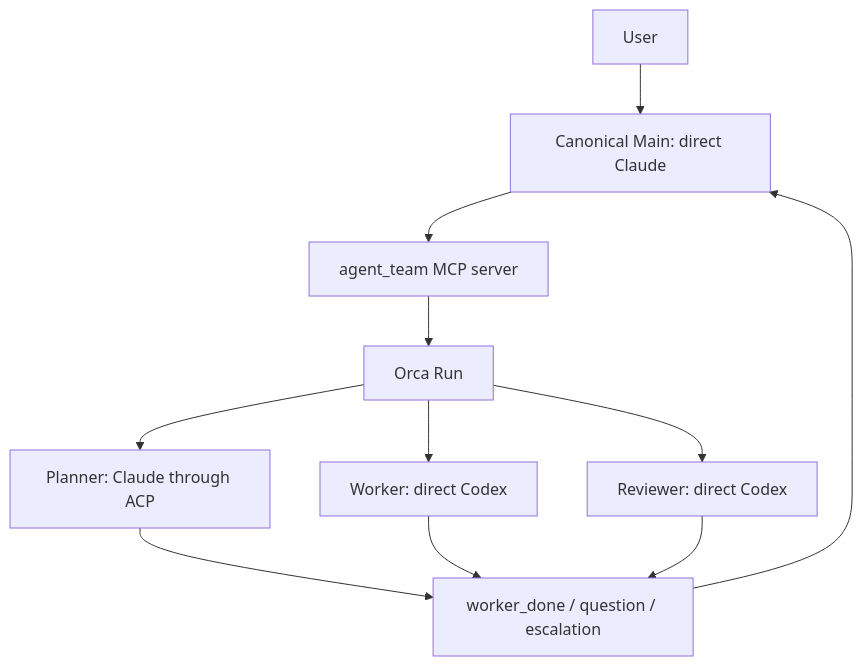
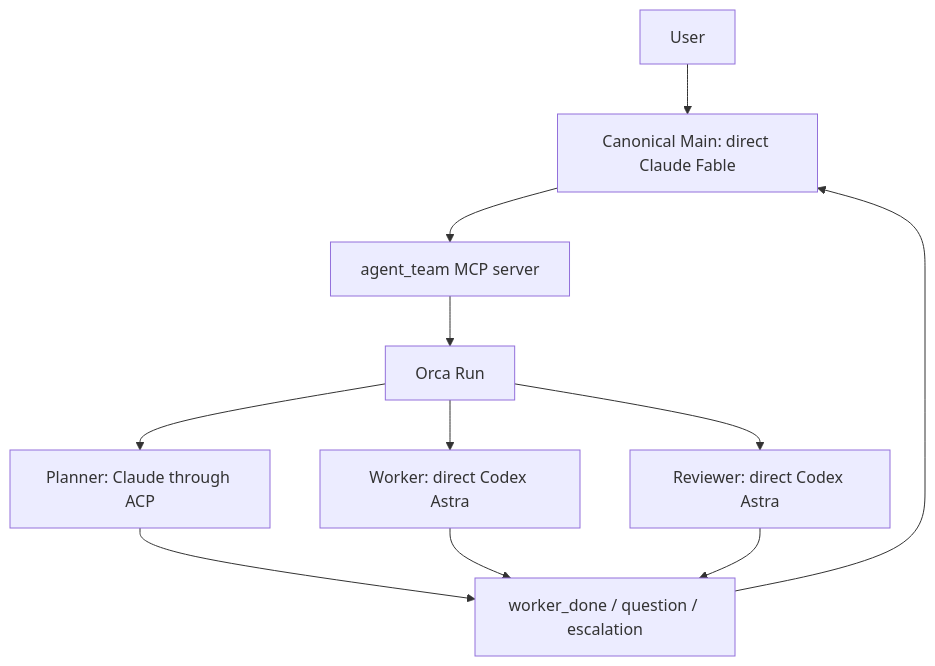
The diagram in scripts/agent-team/docs/architecture.md (iamtatsuki05/dotfiles), drawn with Mermaid before and after one commit. The commit also changed other lines of this file and 48 other files, not shown here.

````diff
--- a/scripts/agent-team/docs/architecture.md
+++ b/scripts/agent-team/docs/architecture.md
@@ -21,13 +23,13 @@
 ```mermaid
 flowchart TD
-    User --> Main[Canonical Main: direct Claude]
+    User --> Main[Canonical Main: direct Claude Fable]
     Main --> MCP[agent_team MCP server]
     MCP --> Run[Orca Run]
     Run --> Planner[Planner: Claude through ACP]
-    Run --> Worker[Worker: direct Codex]
-    Run --> Reviewer[Reviewer: direct Codex]
+    Run --> Worker[Worker: direct Codex Astra]
+    Run --> Reviewer[Reviewer: direct Codex Astra]
     Planner --> Done[worker_done / question / escalation]
     Worker --> Done
     Reviewer --> Done
     Done --> Main
 ```
````
